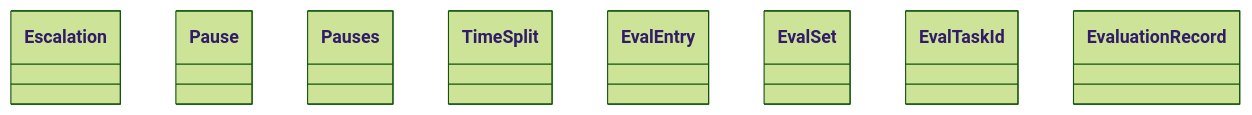
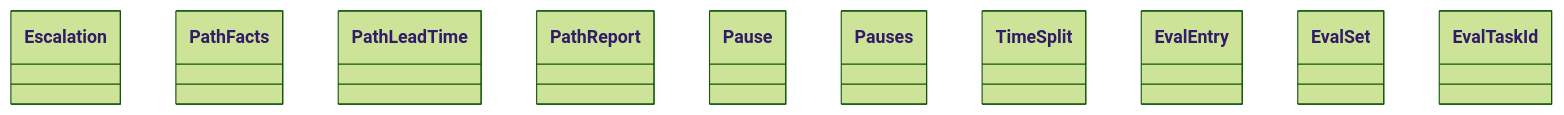
The diagram in docs/architecture/generated/classes-measurement-domain-scorecard-1.md (GonzaloZevallos/agentic-system), drawn with Mermaid (forest theme) before and after one commit. The commit also changed other lines of this file and 2 other files, not shown here.

Commit message:
Regenerate architecture pages for the report types

````diff
--- a/docs/architecture/generated/classes-measurement-domain-scorecard-1.md
+++ b/docs/architecture/generated/classes-measurement-domain-scorecard-1.md
@@ -9,11 +9,13 @@
 ```mermaid
 classDiagram
     class cycle__Escalation["Escalation"]
+    class cycle__PathFacts["PathFacts"]
+    class cycle__PathLeadTime["PathLeadTime"]
+    class cycle__PathReport["PathReport"]
     class cycle__Pause["Pause"]
     class cycle__Pauses["Pauses"]
     class cycle__TimeSplit["TimeSplit"]
     class evaluation__EvalEntry["EvalEntry"]
     class evaluation__EvalSet["EvalSet"]
     class evaluation__EvalTaskId["EvalTaskId"]
-    class evaluation__EvaluationRecord["EvaluationRecord"]
 ```
````
